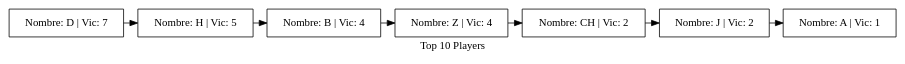
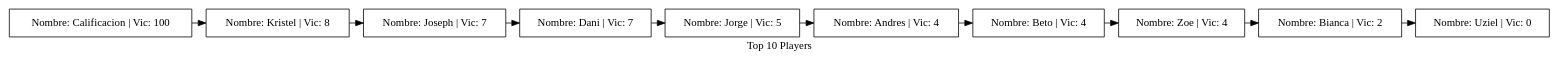
The diagram in Proyectos/Proyecto1/build-Ajedrez3D-Desktop_Qt_5_9_0_MinGW_32bit-Debug/TopPlayers.dot (ricardcutzh/EDD_Junio), drawn with Graphviz before and after one commit. The commit also changed 1251 other files, not shown here.

```diff
--- a/Proyectos/Proyecto1/build-Ajedrez3D-Desktop_Qt_5_9_0_MinGW_32bit-Debug/TopPlayers.dot
+++ b/Proyectos/Proyecto1/build-Ajedrez3D-Desktop_Qt_5_9_0_MinGW_32bit-Debug/TopPlayers.dot
@@ -1,12 +1,15 @@
 digraph top{
 node [shape=box];
 label="Top 10 Players ";
-"Nombre: D | Vic: 7"->"Nombre: H | Vic: 5";
-"Nombre: H | Vic: 5"->"Nombre: B | Vic: 4";
-"Nombre: B | Vic: 4"->"Nombre: Z | Vic: 4";
-"Nombre: Z | Vic: 4"->"Nombre: CH | Vic: 2";
-"Nombre: CH | Vic: 2"->"Nombre: J | Vic: 2";
-"Nombre: J | Vic: 2"->"Nombre: A | Vic: 1";
-"Nombre: A | Vic: 1";
-{rank=same;"Nombre: D | Vic: 7";"Nombre: H | Vic: 5";"Nombre: B | Vic: 4";"Nombre: Z | Vic: 4";"Nombre: CH | Vic: 2";"Nombre: J | Vic: 2";"Nombre: A | Vic: 1";}
+"Nombre: Calificacion | Vic: 100"->"Nombre: Kristel | Vic: 8";
+"Nombre: Kristel | Vic: 8"->"Nombre: Joseph | Vic: 7";
+"Nombre: Joseph | Vic: 7"->"Nombre: Dani | Vic: 7";
+"Nombre: Dani | Vic: 7"->"Nombre: Jorge | Vic: 5";
+"Nombre: Jorge | Vic: 5"->"Nombre: Andres | Vic: 4";
+"Nombre: Andres | Vic: 4"->"Nombre: Beto | Vic: 4";
+"Nombre: Beto | Vic: 4"->"Nombre: Zoe | Vic: 4";
+"Nombre: Zoe | Vic: 4"->"Nombre: Bianca | Vic: 2";
+"Nombre: Bianca | Vic: 2"->"Nombre: Uziel | Vic: 0";
+"Nombre: Uziel | Vic: 0";
+{rank=same;"Nombre: Calificacion | Vic: 100";"Nombre: Kristel | Vic: 8";"Nombre: Joseph | Vic: 7";"Nombre: Dani | Vic: 7";"Nombre: Jorge | Vic: 5";"Nombre: Andres | Vic: 4";"Nombre: Beto | Vic: 4";"Nombre: Zoe | Vic: 4";"Nombre: Bianca | Vic: 2";"Nombre: Uziel | Vic: 0";}
 }
```
